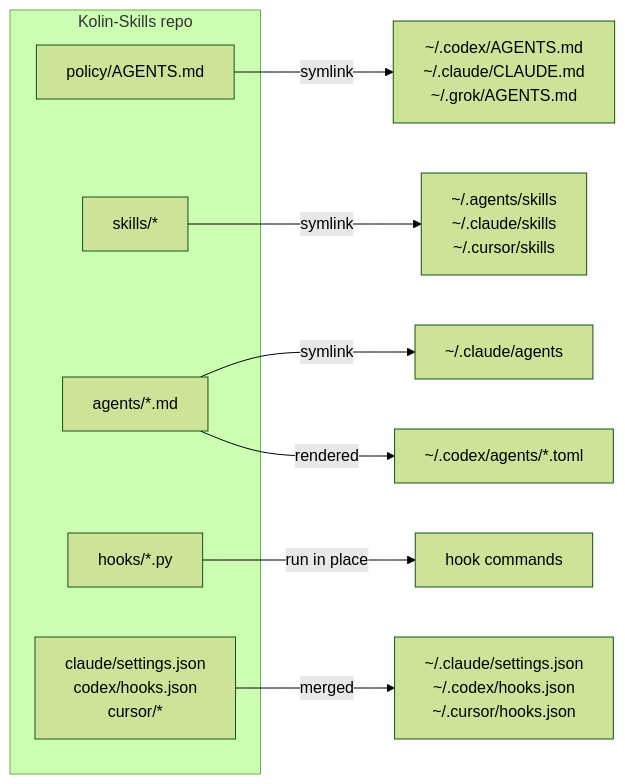
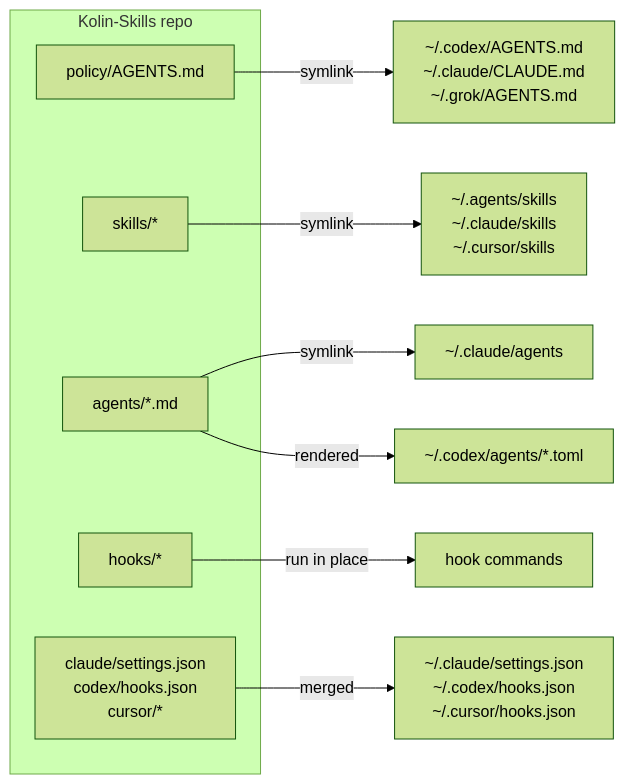
One commit to kolin-HJ/Kolin-Skills changed the diagram in README.md. Above: the diagram before and after it, drawn with Mermaid (forest theme). The commit also changed other lines of this file and 141 other files, not shown here.

````diff
--- a/README.md
+++ b/README.md
@@ -39,16 +39,16 @@
 ```mermaid
 flowchart LR
   subgraph repo[Kolin-Skills repo]
     policy[policy/AGENTS.md]
     skills[skills/*]
     agents[agents/*.md]
-    hooks[hooks/*.py]
+    hooks[hooks/*]
     tmpl[claude/settings.json<br/>codex/hooks.json<br/>cursor/*]
   end
   policy -- symlink --> p1[~/.codex/AGENTS.md<br/>~/.claude/CLAUDE.md<br/>~/.grok/AGENTS.md]
   skills -- symlink --> s1[~/.agents/skills<br/>~/.claude/skills<br/>~/.cursor/skills]
   agents -- symlink --> a1[~/.claude/agents]
   agents -- rendered --> a2[~/.codex/agents/*.toml]
   hooks -- run in place --> h1[hook commands]
   tmpl -- merged --> t1[~/.claude/settings.json<br/>~/.codex/hooks.json<br/>~/.cursor/hooks.json]
 ```
````
